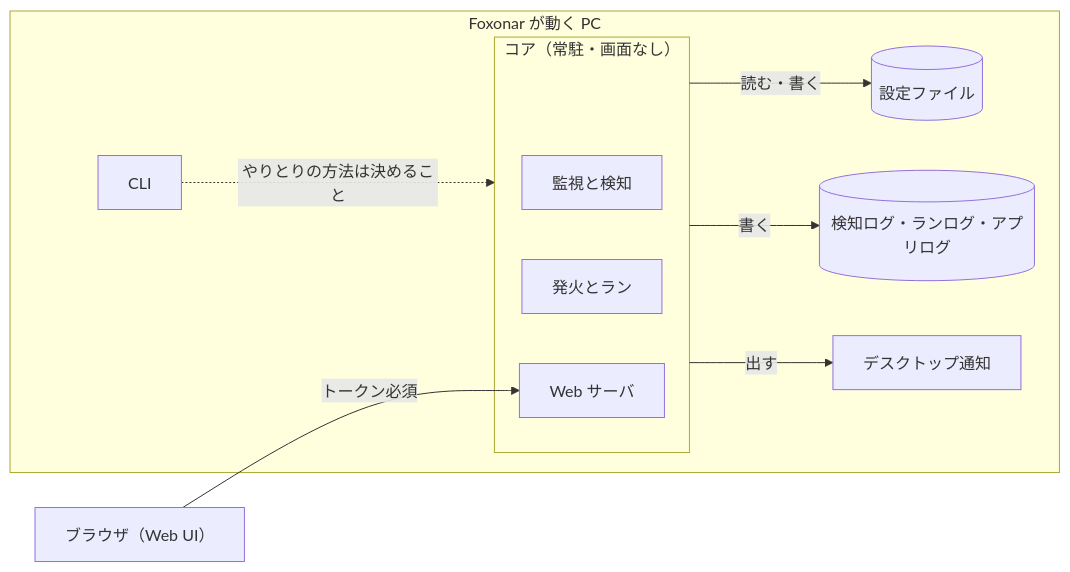
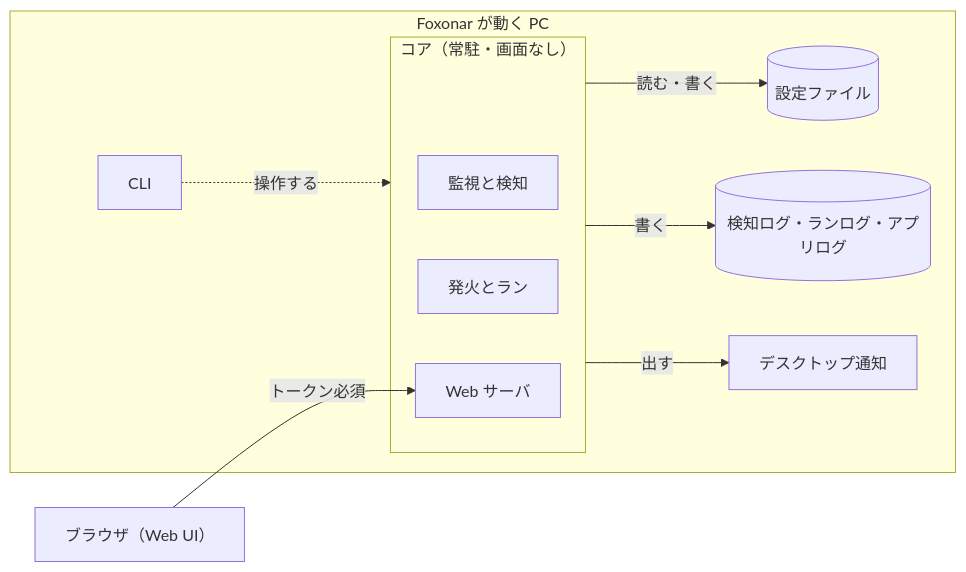
The first of 4 diagrams in docs/design.ja.md (capypara20/Foxonar), drawn with Mermaid before and after one commit. The commit also changed other lines of this file and 3 other files, not shown here.

````diff
--- a/docs/design.ja.md
+++ b/docs/design.ja.md
@@ -40,20 +35,20 @@
 ```mermaid
 flowchart LR
   subgraph pc["Foxonar が動く PC"]
     subgraph coreBox["コア（常駐・画面なし）"]
       watch["監視と検知"]
       run["発火とラン"]
       web["Web サーバ"]
     end
     conf[("設定ファイル")]
     logs[("検知ログ・ランログ・アプリログ")]
     cli["CLI"]
     toast["デスクトップ通知"]
   end
   browser["ブラウザ（Web UI）"]
   browser -->|トークン必須| web
-  cli -. やりとりの方法は決めること .-> coreBox
+  cli -. 操作する .-> coreBox
   coreBox -->|読む・書く| conf
   coreBox -->|書く| logs
   coreBox -->|出す| toast
 ```
````
